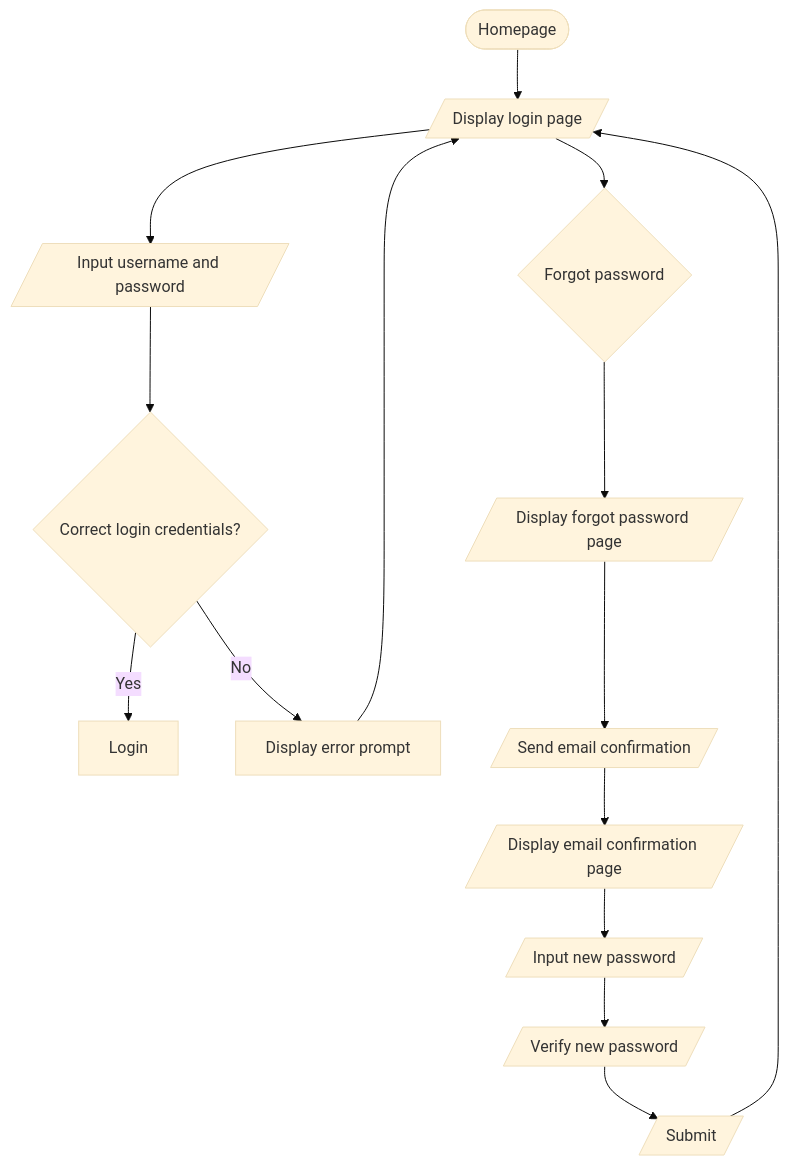
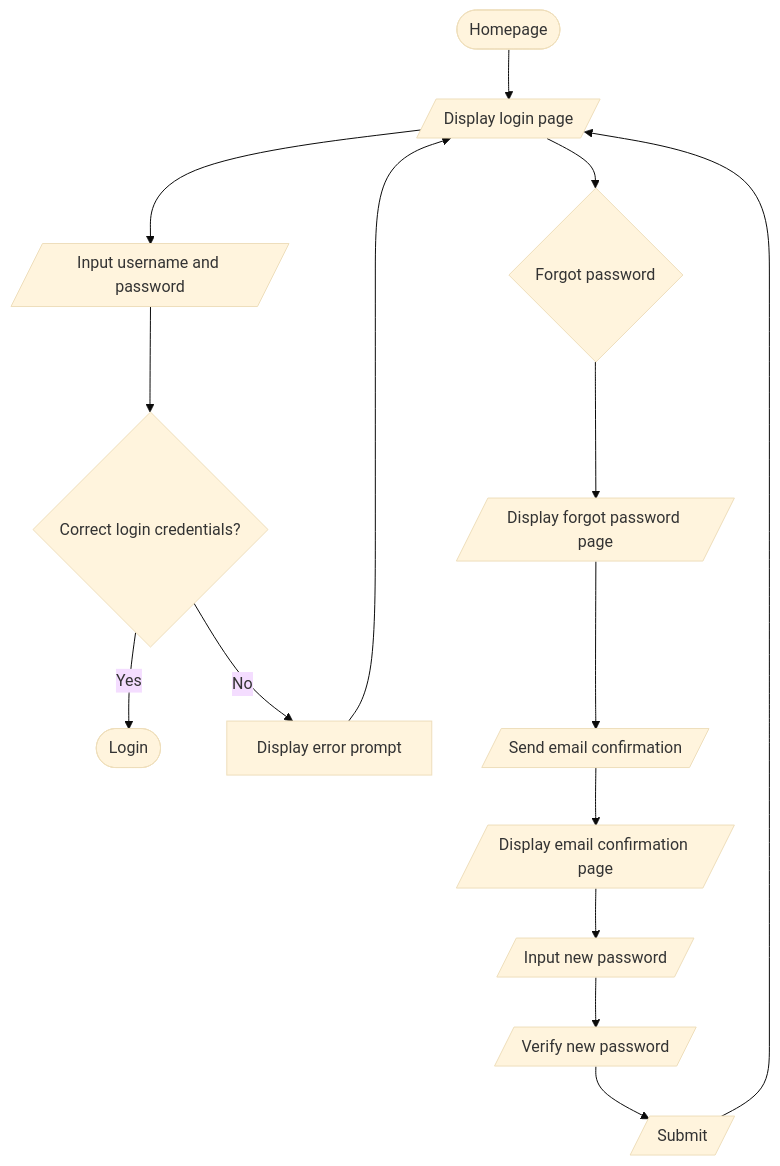
One commit to ZennithYattare/capstoneOneDiagrams changed the diagram in adminActivityDiagram.md. Above: the diagram before and after it, drawn with Mermaid (base theme).

Commit message:
change login to terminal stop

````diff
--- a/adminActivityDiagram.md
+++ b/adminActivityDiagram.md
@@ -1,17 +1,17 @@
 ```mermaid
 flowchart TD
     A([Homepage]) --> B[/Display login page/]
     B --> C[/Input username and password/]
     C --> D{Correct login credentials?}
-    D --> |Yes| E[Login]
+    D --> |Yes| E([Login])
     D --> |No| F[Display error prompt]
     F --> B
     B --> G{Forgot password}
     G --> H[/Display forgot password page/]
     H --> I[/Send email confirmation/]
     I --> J[/Display email confirmation page/]
     J --> K[/Input new password/]
     K --> L[/Verify new password/]
     L --> M[/Submit/]
     M --> B
 ```
````
